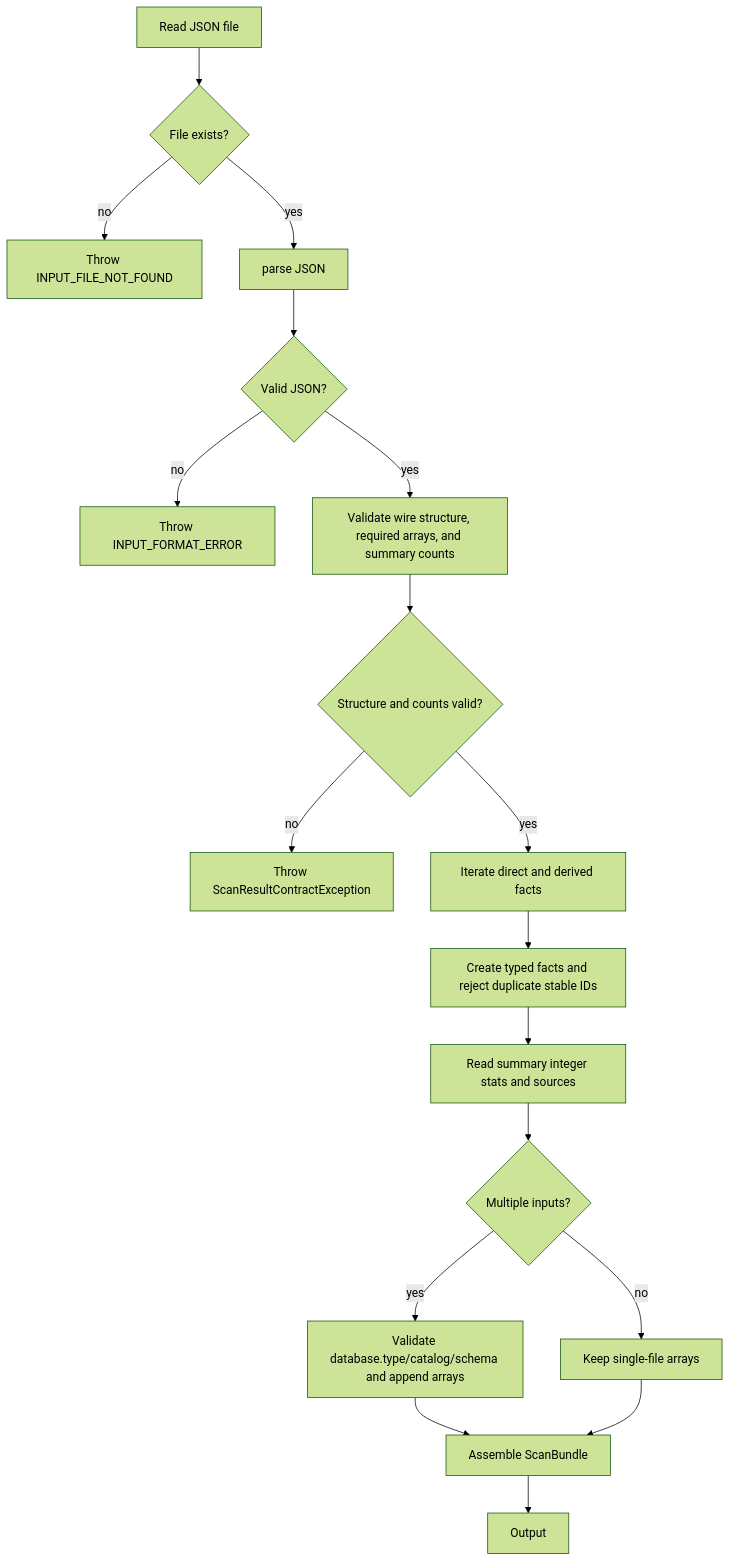
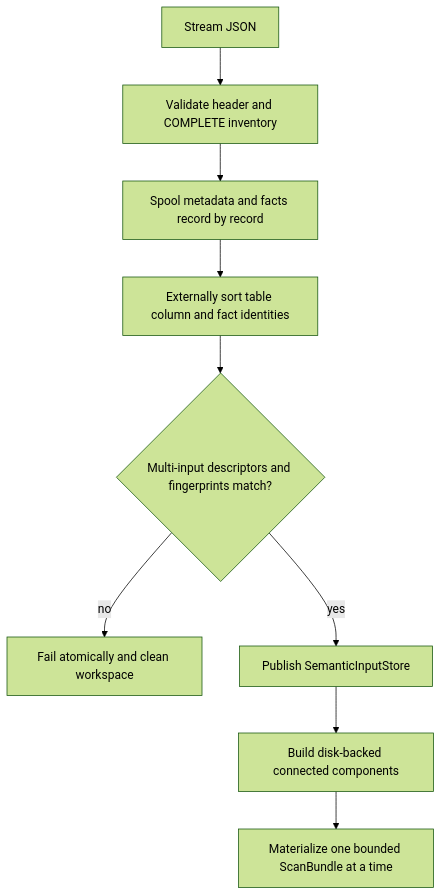
Before and after one commit to xiaoguang/relation-detector: the second of 4 diagrams in docs/design/semantic-layer/01-scan-result-reader.md, drawn with Mermaid (forest theme). The commit also changed other lines of this file and 62 other files, not shown here.

Commit message:
feat: add disk-backed semantic inventory pipeline

````diff
--- a/docs/design/semantic-layer/01-scan-result-reader.md
+++ b/docs/design/semantic-layer/01-scan-result-reader.md
@@ -182,20 +197,11 @@
 ```mermaid
 flowchart TD
-    A[Read JSON file] --> B{File exists?}
-    B -- no --> E1[Throw INPUT_FILE_NOT_FOUND]
-    B -- yes --> C[parse JSON]
-    C --> D{Valid JSON?}
-    D -- no --> E2[Throw INPUT_FORMAT_ERROR]
-    D -- yes --> F[Validate wire structure, required arrays, and summary counts]
-    F --> G{Structure and counts valid?}
-    G -- no --> E3[Throw ScanResultContractException]
-    G -- yes --> H[Iterate direct and derived facts]
-    H --> I[Create typed facts and reject duplicate stable IDs]
-    I --> J[Read summary integer stats and sources]
-    J --> K{Multiple inputs?}
-    K -- yes --> L[Validate database.type/catalog/schema and append arrays]
-    K -- no --> M[Keep single-file arrays]
-    L --> N[Assemble ScanBundle]
-    M --> N
-    N --> O[Output]
+    A[Stream JSON] --> B[Validate header and COMPLETE inventory]
+    B --> C[Spool metadata and facts record by record]
+    C --> D[Externally sort table column and fact identities]
+    D --> E{Multi-input descriptors and fingerprints match?}
+    E -- no --> F[Fail atomically and clean workspace]
+    E -- yes --> G[Publish SemanticInputStore]
+    G --> H[Build disk-backed connected components]
+    H --> I[Materialize one bounded ScanBundle at a time]
 ```
````
